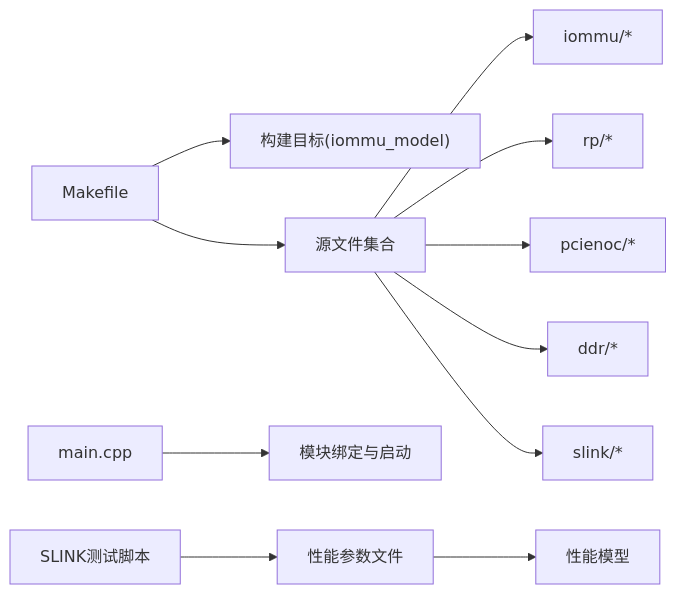
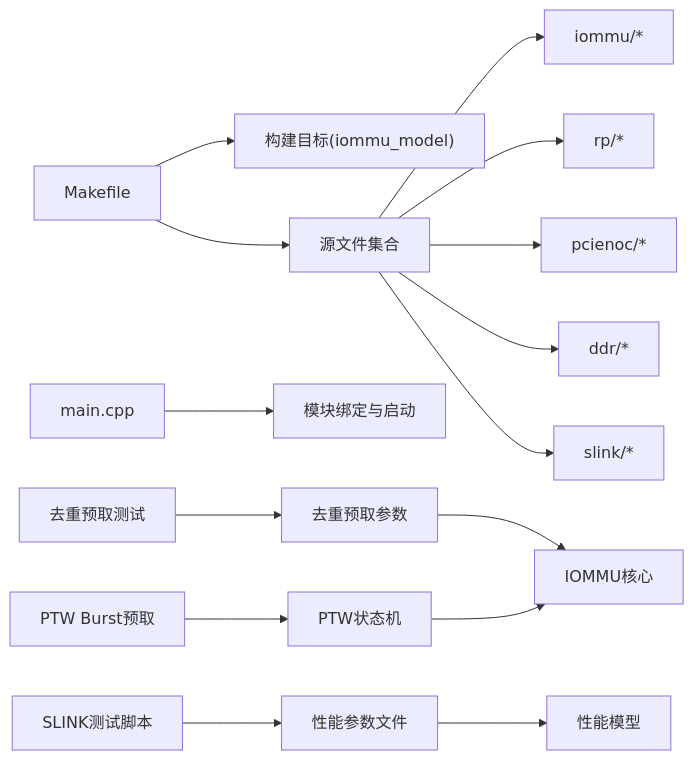
The ninth of 10 diagrams in .qoder/repowiki/zh/content/测试框架/测试框架.md (jiangjiang1122/iommu_model_20260401_v1), drawn with Mermaid before and after one commit. The commit also changed other lines of this file and 12 other files, not shown here.

````diff
--- a/.qoder/repowiki/zh/content/测试框架/测试框架.md
+++ b/.qoder/repowiki/zh/content/测试框架/测试框架.md
@@ -317,13 +432,17 @@
 ```mermaid
 graph LR
 MK["Makefile"] --> OBJ["构建目标(iommu_model)"]
 MK --> SRC["源文件集合"]
 SRC --> IOMMU["iommu/*"]
 SRC --> RP["rp/*"]
 SRC --> PCIE["pcienoc/*"]
 SRC --> DDR["ddr/*"]
 SRC --> SLINK["slink/*"]
 MAIN["main.cpp"] --> BIND["模块绑定与启动"]
+DEDPREF["去重预取测试"] --> DEDUP_PARAMS["去重预取参数"]
+PTWBURST["PTW Burst预取"] --> PTW_STATE["PTW状态机"]
 SLINK_TEST["SLINK测试脚本"] --> PARAMS["性能参数文件"]
 PARAMS --> IOMMU_PERF["性能模型"]
+DEDUP_PARAMS --> IOMMU_CORE["IOMMU核心"]
+PTW_STATE --> IOMMU_CORE
 ```
````
